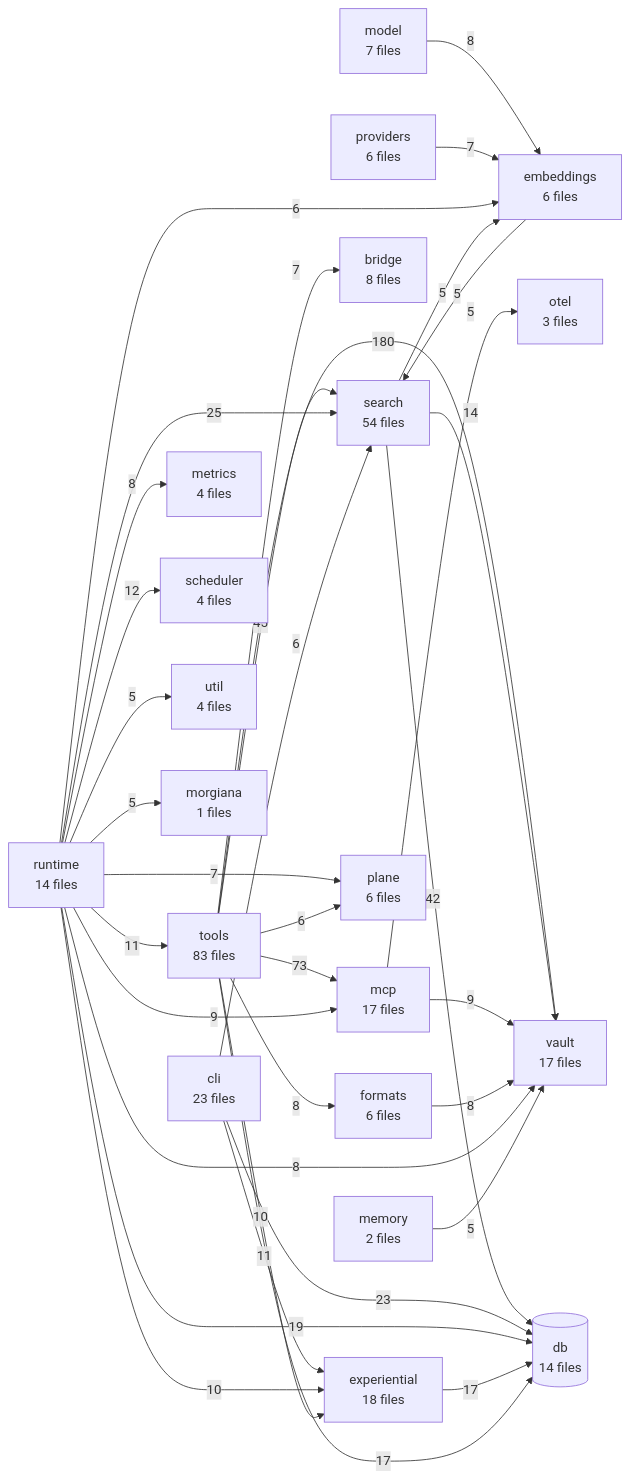
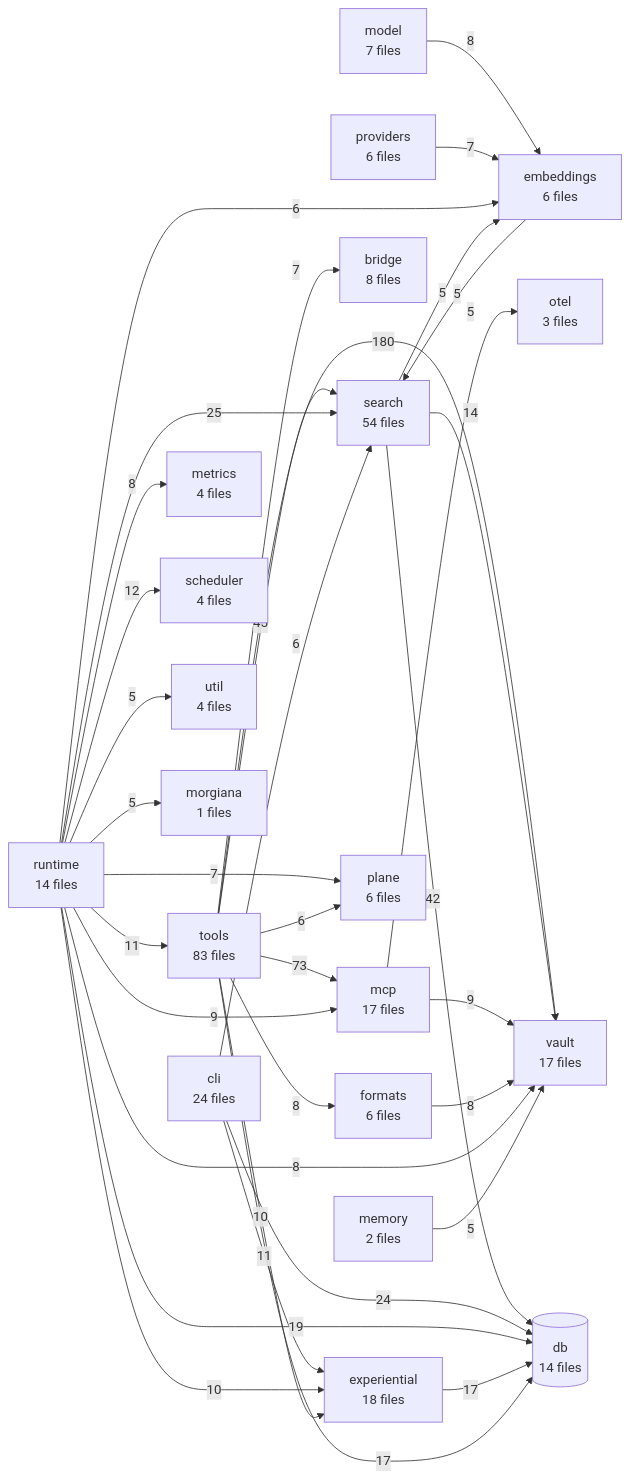
The diagram in TREE.md (The-40-Thieves/obsidian-tc), drawn with Mermaid before and after one commit. The commit also changed other lines of this file and 15 other files, not shown here.

````diff
--- a/TREE.md
+++ b/TREE.md
@@ -301,58 +301,58 @@
 ```mermaid
 flowchart LR
   tools[tools<br/>83 files]
   search[search<br/>54 files]
-  cli[cli<br/>23 files]
+  cli[cli<br/>24 files]
   experiential[experiential<br/>18 files]
   mcp[mcp<br/>17 files]
   vault[vault<br/>17 files]
   db[(db<br/>14 files)]
   runtime[runtime<br/>14 files]
   bridge[bridge<br/>8 files]
   model[model<br/>7 files]
   embeddings[embeddings<br/>6 files]
   formats[formats<br/>6 files]
   plane[plane<br/>6 files]
   providers[providers<br/>6 files]
   metrics[metrics<br/>4 files]
   scheduler[scheduler<br/>4 files]
   util[util<br/>4 files]
   otel[otel<br/>3 files]
   memory[memory<br/>2 files]
   morgiana[morgiana<br/>1 files]
 
   tools -->|180| vault
   tools -->|73| mcp
   tools -->|45| search
   search -->|42| db
   runtime -->|25| search
-  cli -->|23| db
+  cli -->|24| db
   runtime -->|19| db
   experiential -->|17| db
   tools -->|17| db
   search -->|14| vault
   runtime -->|12| scheduler
   cli -->|11| experiential
   runtime -->|11| tools
   runtime -->|10| experiential
   tools -->|10| experiential
   mcp -->|9| vault
   runtime -->|9| mcp
   formats -->|8| vault
   model -->|8| embeddings
   runtime -->|8| metrics
   runtime -->|8| vault
   tools -->|8| formats
   providers -->|7| embeddings
   runtime -->|7| plane
   tools -->|7| bridge
   cli -->|6| search
   runtime -->|6| embeddings
   tools -->|6| plane
   embeddings -->|5| search
   mcp -->|5| otel
   memory -->|5| vault
   runtime -->|5| util
   runtime -->|5| morgiana
   search -->|5| embeddings
 ```
````
